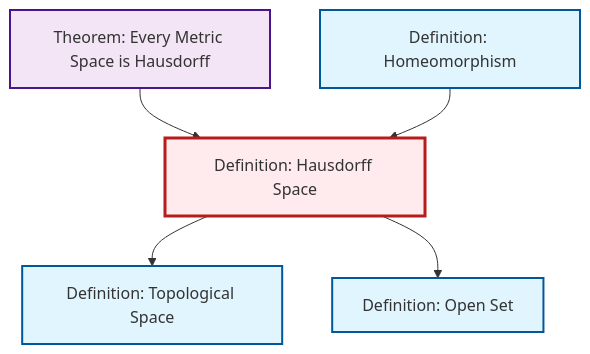
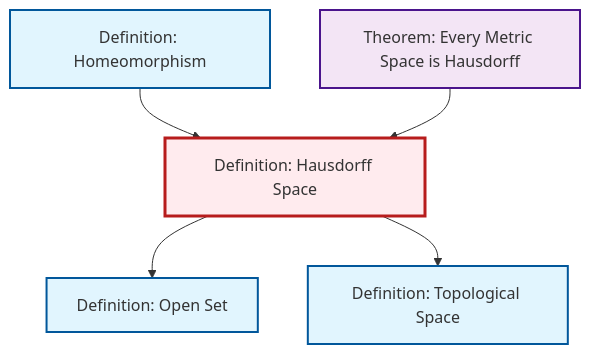
Before and after one commit to RK0429/ModernMath: the diagram in output/mermaid/def-hausdorff.mermaid, drawn with Mermaid. The commit also changed other lines of this file and 615 other files, not shown here.

```diff
--- a/output/mermaid/def-hausdorff.mermaid
+++ b/output/mermaid/def-hausdorff.mermaid
@@ -1,17 +1,17 @@
 %%| fig-cap: "Local dependency graph"
 graph TD
     classDef definition fill:#e1f5fe,stroke:#01579b,stroke-width:2px
     classDef theorem fill:#f3e5f5,stroke:#4a148c,stroke-width:2px
     classDef axiom fill:#fff3e0,stroke:#e65100,stroke-width:2px
     classDef example fill:#e8f5e9,stroke:#1b5e20,stroke-width:2px
     classDef current fill:#ffebee,stroke:#b71c1c,stroke-width:3px
+    def-hausdorff["Definition: Hausdorff Space"]:::definition
+    def-open-set["Definition: Open Set"]:::definition
     thm-metric-hausdorff["Theorem: Every Metric Space is Hausdorff"]:::theorem
-    def-open-set["Definition: Open Set"]:::definition
     def-homeomorphism["Definition: Homeomorphism"]:::definition
     def-topological-space["Definition: Topological Space"]:::definition
-    def-hausdorff["Definition: Hausdorff Space"]:::definition
+    def-hausdorff --> def-open-set
     def-hausdorff --> def-topological-space
-    def-hausdorff --> def-open-set
+    def-homeomorphism --> def-hausdorff
     thm-metric-hausdorff --> def-hausdorff
-    def-homeomorphism --> def-hausdorff
     class def-hausdorff current
```
